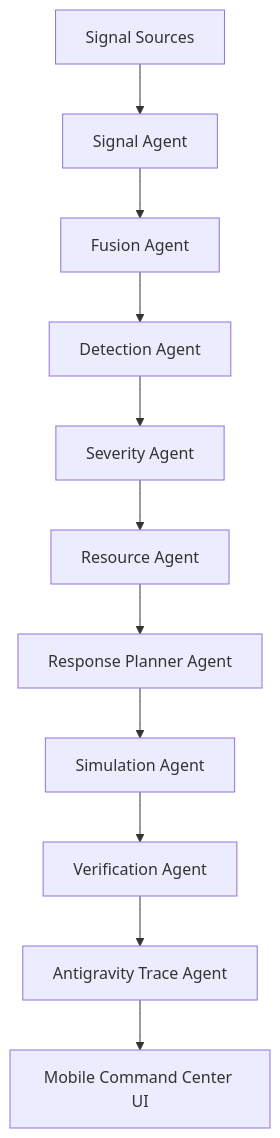
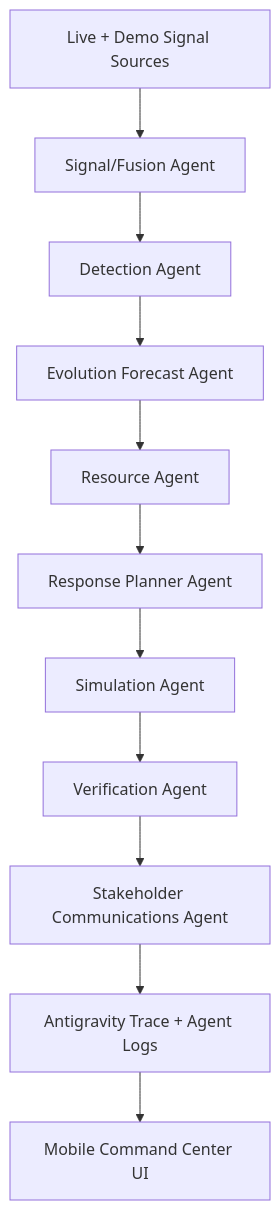
The first of 2 diagrams in README.md (i-anasop/CIRO), drawn with Mermaid before and after one commit. The commit also changed other lines of this file and 24 other files, not shown here.

````diff
--- a/README.md
+++ b/README.md
@@ -186,13 +225,13 @@
 ```mermaid
 flowchart TD
-    A[Signal Sources] --> B[Signal Agent]
-    B --> C[Fusion Agent]
-    C --> D[Detection Agent]
-    D --> E[Severity Agent]
-    E --> F[Resource Agent]
-    F --> G[Response Planner Agent]
-    G --> H[Simulation Agent]
-    H --> I[Verification Agent]
-    I --> J[Antigravity Trace Agent]
+    A[Live + Demo Signal Sources] --> B[Signal/Fusion Agent]
+    B --> C[Detection Agent]
+    C --> D[Evolution Forecast Agent]
+    D --> E[Resource Agent]
+    E --> F[Response Planner Agent]
+    F --> G[Simulation Agent]
+    G --> H[Verification Agent]
+    H --> I[Stakeholder Communications Agent]
+    I --> J[Antigravity Trace + Agent Logs]
     J --> K[Mobile Command Center UI]
 ```
````
